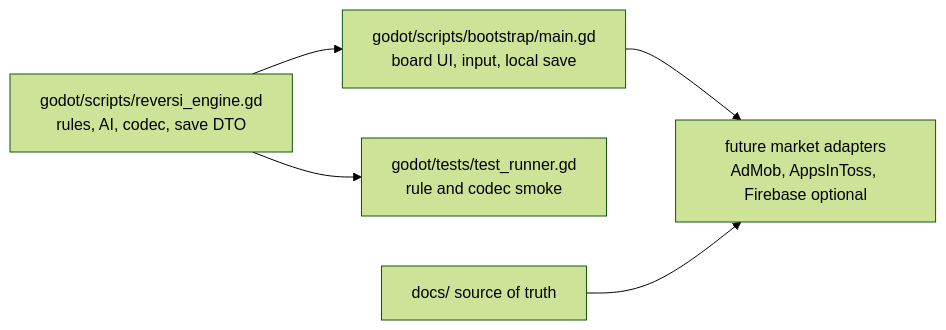
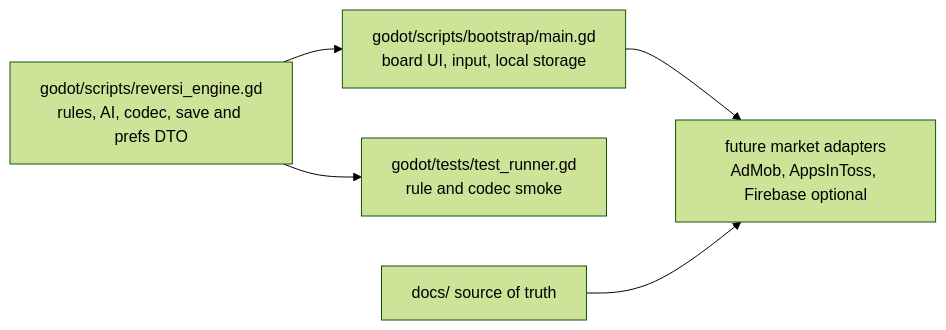
Before and after one commit to seorilabs/lucid-reversi: the diagram in docs/03-architecture/clean-architecture.md, drawn with Mermaid (forest theme). The commit also changed other lines of this file and 5 other files, not shown here.

````diff
--- a/docs/03-architecture/clean-architecture.md
+++ b/docs/03-architecture/clean-architecture.md
@@ -5,7 +5,7 @@
 ```mermaid
 flowchart LR
-  Engine["godot/scripts/reversi_engine.gd\nrules, AI, codec, save DTO"] --> UI["godot/scripts/bootstrap/main.gd\nboard UI, input, local save"]
+  Engine["godot/scripts/reversi_engine.gd\nrules, AI, codec, save and prefs DTO"] --> UI["godot/scripts/bootstrap/main.gd\nboard UI, input, local storage"]
   Engine --> Smoke["godot/tests/test_runner.gd\nrule and codec smoke"]
   UI --> Market["future market adapters\nAdMob, AppsInToss, Firebase optional"]
   Docs["docs/ source of truth"] --> Market
 ```
````
